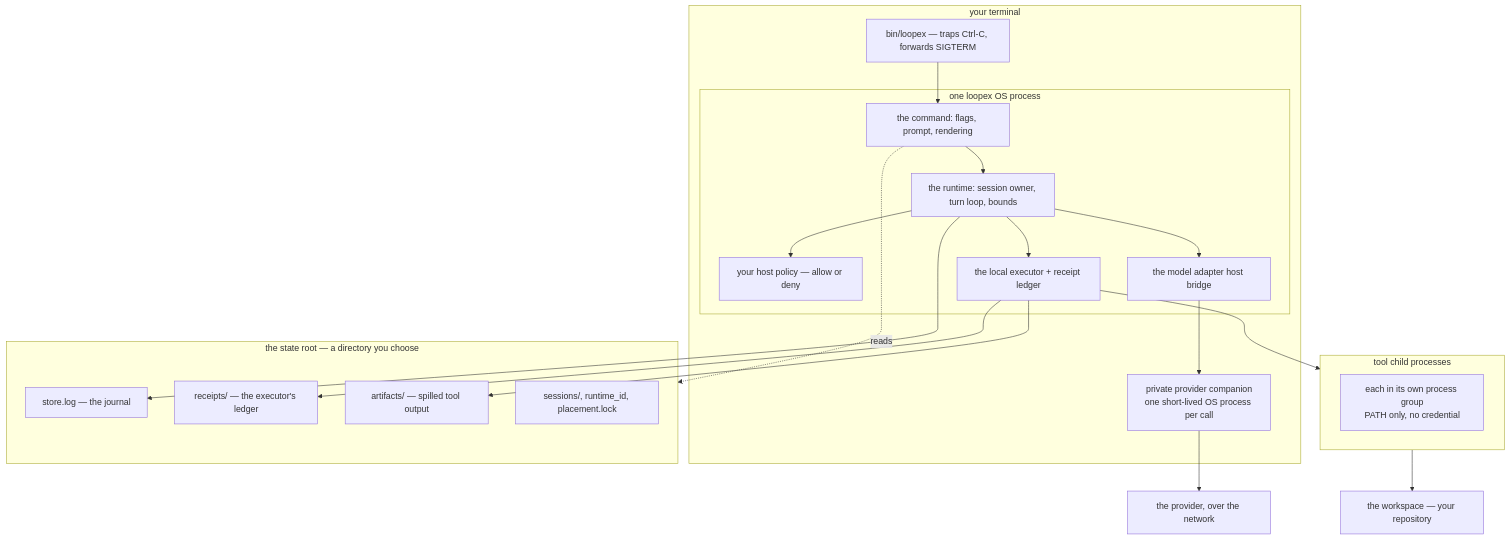
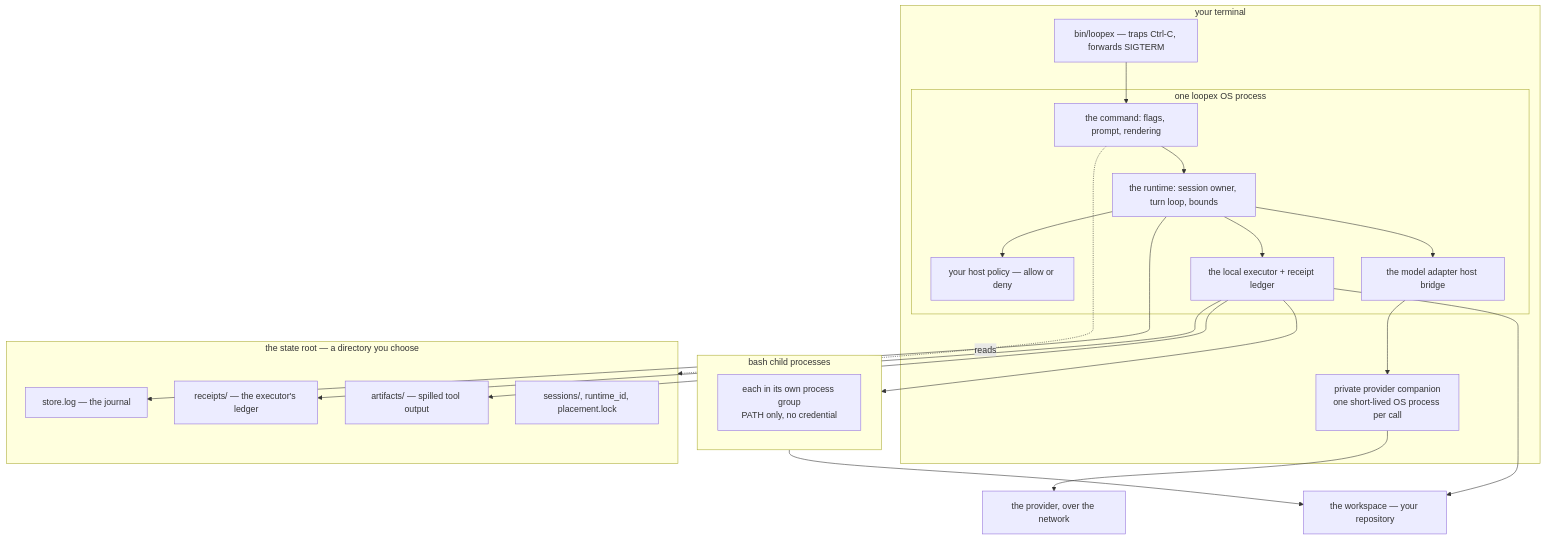
The second of 2 diagrams in docs/operator/how-a-run-works.md (lexlapax/loopex), drawn with Mermaid before and after one commit. The commit also changed other lines of this file and 4 other files, not shown here.

````diff
--- a/docs/operator/how-a-run-works.md
+++ b/docs/operator/how-a-run-works.md
@@ -192,42 +192,43 @@
 ```mermaid
 flowchart TB
     subgraph TERM["your terminal"]
       LAUNCH["bin/loopex — traps Ctrl-C, forwards SIGTERM"]
       subgraph PROC["one loopex OS process"]
         CMD["the command: flags, prompt, rendering"]
         RT["the runtime: session owner, turn loop, bounds"]
         POL["your host policy — allow or deny"]
         EXEC["the local executor + receipt ledger"]
         LLM["the model adapter host bridge"]
       end
       COMP["private provider companion<br/>one short-lived OS process per call"]
     end
 
     subgraph ROOT["the state root — a directory you choose"]
       LOG["store.log — the journal"]
       REC["receipts/ — the executor's ledger"]
       ART["artifacts/ — spilled tool output"]
       SESS["sessions/, runtime_id, placement.lock"]
     end
 
     WS["the workspace — your repository"]
     NET["the provider, over the network"]
 
-    subgraph KIDS["tool child processes"]
+    subgraph KIDS["bash child processes"]
       SH["each in its own process group<br/>PATH only, no credential"]
     end
 
     LAUNCH --> CMD
     CMD --> RT
     RT --> POL
     RT --> LLM
     RT --> EXEC
     RT --> LOG
     EXEC --> REC
     EXEC --> ART
     EXEC --> KIDS
+    EXEC --> WS
     KIDS --> WS
     LLM --> COMP
     COMP --> NET
     CMD -.reads.-> ROOT
 ```
````
